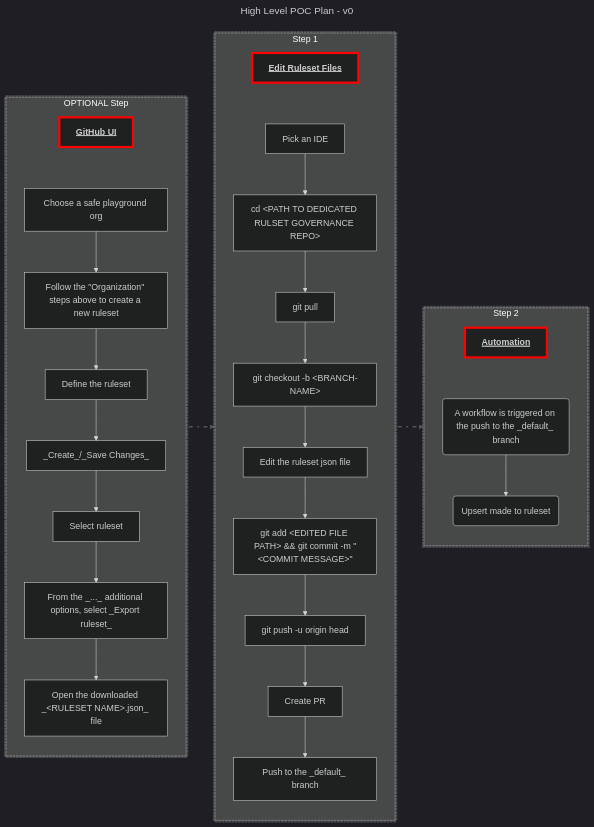
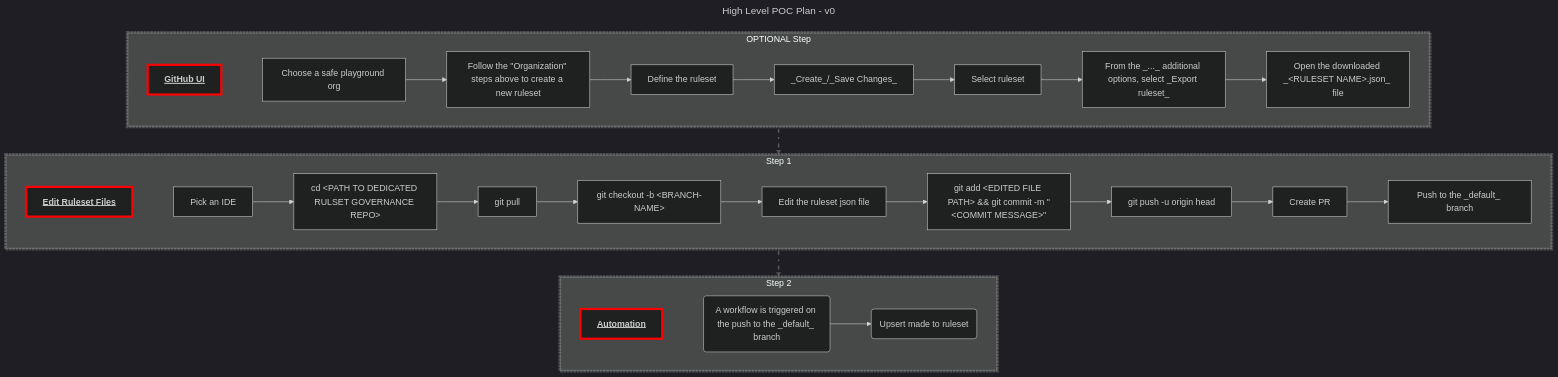
One commit to jwilliams-gh-sandbox/ruleset-governance changed the diagram in .github/README.md. Above: the diagram before and after it, drawn with Mermaid.

Commit message:
more readme updates

````diff
--- a/.github/README.md
+++ b/.github/README.md
@@ -50,54 +50,54 @@
 ```mermaid
 ---
 title: High Level POC Plan - v0
 ---
 %%{init: {'theme':'dark'}}%%
-flowchart LR
+flowchart TD
     subgraph optional_ui["OPTIONAL Step"]
-        direction TB
+        direction LR
         title_optional_ui["GitHub UI"] ~~~ choose_playground["Choose a safe playground org"]
         choose_playground --> follow_steps["Follow the #quot;Organization#quot; steps above to create a new ruleset"]
         follow_steps --> define_props["Define the ruleset"]
         define_props --> create["_Create_/_Save Changes_"]
         create --> select_ruleset["Select ruleset"]
         select_ruleset --> export["From the _..._ additional options, select _Export ruleset_"]
         export --> download["Open the downloaded _&lt;RULESET NAME&gt;.json_ file"]
     end
 
     subgraph edit_rulesets["Step 1"]
-        direction TB
+        direction LR
         title_edit_rulesets["Edit Ruleset Files"] ~~~ pick_ide["Pick an IDE"]
         pick_ide --> cd_repo["`cd &lt;PATH TO DEDICATED RULSET GOVERNANCE REPO&gt;`"]
         cd_repo --> git_pull["`git pull`"]
         git_pull --> git_checkout["`git checkout -b &lt;BRANCH-NAME&gt;`"]
         git_checkout --> edit_file["Edit the ruleset json file"]
         edit_file --> gcam["`git add &lt;EDITED FILE PATH&gt; && git commit -m #quot;&lt;COMMIT MESSAGE&gt;#quot;`"]
         gcam --> git_push["`git push -u origin head`"]
         git_push --> create_pr["Create PR"]
         create_pr --> push_default["Push to the _default_ branch"]
     end
 
     optional_ui optional_ui_to_edit_rulesets@--> edit_rulesets
 
     subgraph automation["Step 2"]
-        direction TB
+        direction LR
         title_automation["Automation"] ~~~ workflow_trigger("A workflow is triggered on the push to the _default_ branch")
         workflow_trigger --> workflow_diff_discovery("Upsert made to ruleset")
     end
 
     edit_rulesets edit_rulesets_to_automation@--> automation
 
     %% arrow styles
     classDef animate_arrow stroke: #555, stroke-linecap:round, stroke-dasharray: 1 10 5 10, stroke-dashoffset: 500px, stroke-width:3px, animation: dash 50s linear infinite;
     class optional_ui_to_edit_rulesets,edit_rulesets_to_automation animate_arrow
 
     %% title styles
     classDef title stroke-width:4px, text-decoration: underline, font-weight:bold, stroke: red;
     class title_optional_ui,title_edit_rulesets,title_automation title
 
     %% subgraph styles
     classDef _subgraph stroke-width:5px, stroke-dasharray: 5 1, stoke-linecap: round, stroke-opacity: 80%;
     class optional_ui,edit_rulesets,automation _subgraph
 
 
 ```
````
